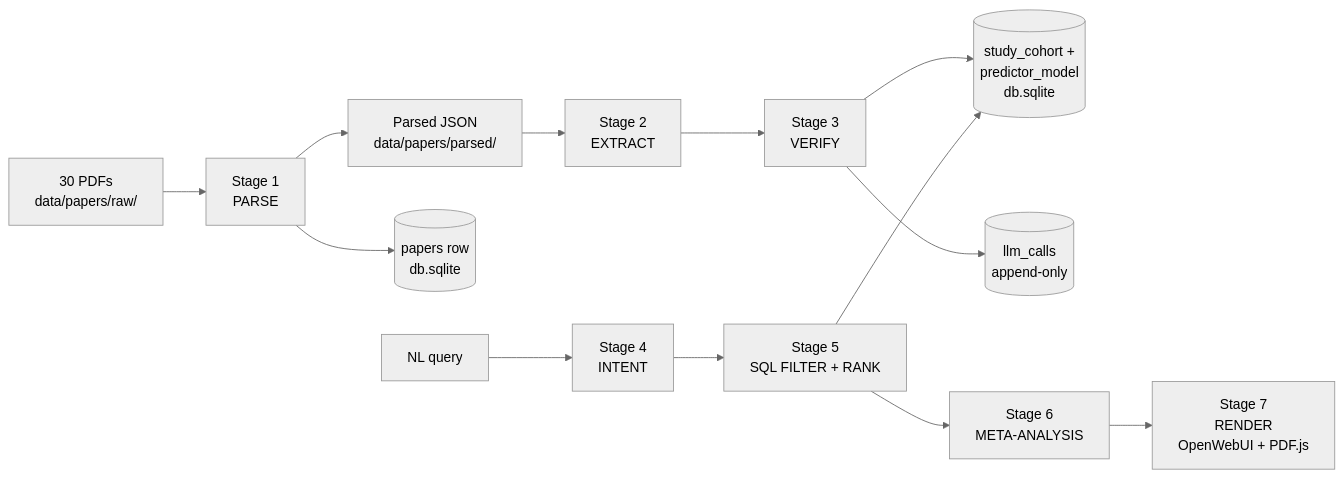
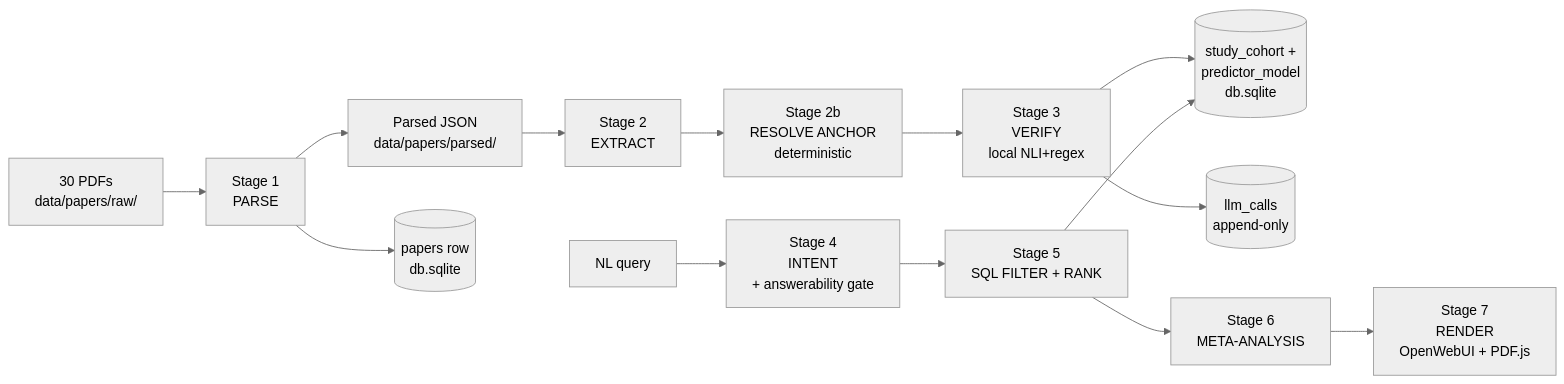
Before and after one commit to OrFrederick/SepsisAtlas: the first of 10 diagrams in docs/pipeline.md, drawn with Mermaid (neutral theme). The commit also changed other lines of this file and 3 other files, not shown here.

````diff
--- a/docs/pipeline.md
+++ b/docs/pipeline.md
@@ -15,15 +15,16 @@
 ```mermaid
 flowchart LR
     PDF[30 PDFs<br/>data/papers/raw/] --> P[Stage 1<br/>PARSE]
     P --> J[Parsed JSON<br/>data/papers/parsed/]
     P --> D1[(papers row<br/>db.sqlite)]
     J --> E[Stage 2<br/>EXTRACT]
-    E --> V[Stage 3<br/>VERIFY]
+    E --> RES[Stage 2b<br/>RESOLVE ANCHOR<br/>deterministic]
+    RES --> V[Stage 3<br/>VERIFY<br/>local NLI+regex]
     V --> D2[(study_cohort +<br/>predictor_model<br/>db.sqlite)]
     V --> M[(llm_calls<br/>append-only)]
-    Q[NL query] --> I[Stage 4<br/>INTENT]
+    Q[NL query] --> I[Stage 4<br/>INTENT<br/>+ answerability gate]
     I --> S[Stage 5<br/>SQL FILTER + RANK]
     S --> D2
     S --> META[Stage 6<br/>META-ANALYSIS]
     META --> UI[Stage 7<br/>RENDER<br/>OpenWebUI + PDF.js]
 ```
````
